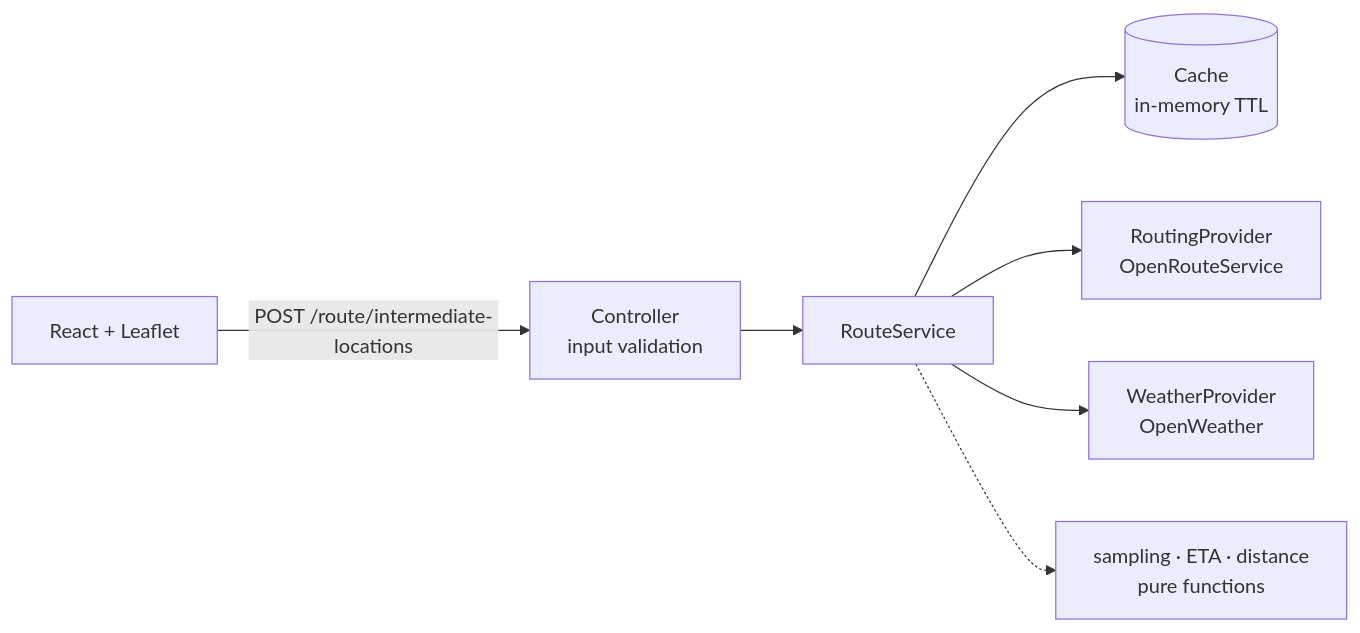
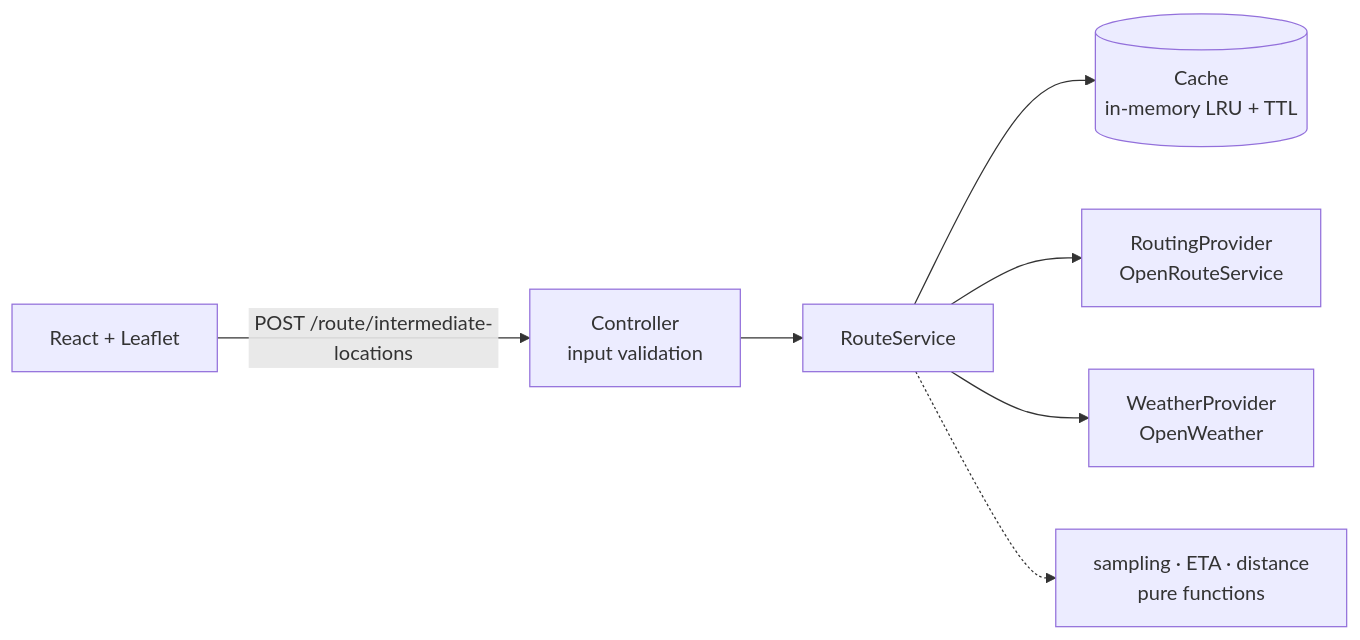
The diagram in README.md (sas293/RouteWeather), drawn with Mermaid before and after one commit. The commit also changed other lines of this file and 3 other files, not shown here.

First line of the commit message:
Make the cache LRU and store slim route entries

````diff
--- a/README.md
+++ b/README.md
@@ -36,9 +36,9 @@
 ```mermaid
 flowchart LR
     UI[React + Leaflet] -->|POST /route/intermediate-locations| C[Controller<br/>input validation]
     C --> S[RouteService]
-    S --> Cache[(Cache<br/>in-memory TTL)]
+    S --> Cache[(Cache<br/>in-memory LRU + TTL)]
     S --> R[RoutingProvider<br/>OpenRouteService]
     S --> W[WeatherProvider<br/>OpenWeather]
     S -.-> U[sampling · ETA · distance<br/>pure functions]
 ```
````
